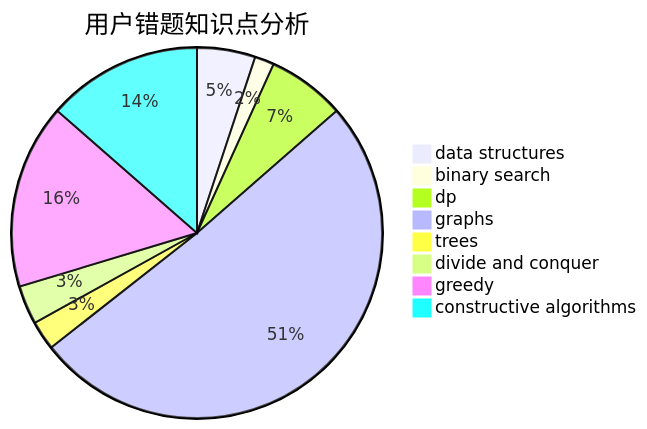
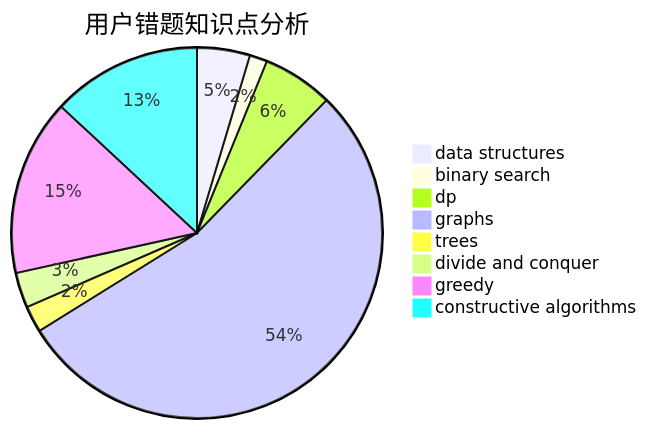
The third of 3 diagrams in docs/user/u2733.md (sherpahu/cfrs.github.io), drawn with Mermaid before and after one commit. The commit also changed other lines of this file and 2770 other files, not shown here.

````diff
--- a/docs/user/u2733.md
+++ b/docs/user/u2733.md
@@ -36,11 +36,11 @@
 ```mermaid
 pie title 用户错题知识点分析
     "data structures" :  6
     "binary search" :  2
     "dp" :  8
-    "graphs" :  60
+    "graphs" :  70
     "trees" :  3
     "divide and conquer" :  4
-    "greedy" :  19
-    "constructive algorithms" :  16
+    "greedy" :  20
+    "constructive algorithms" :  17
 ```
````
